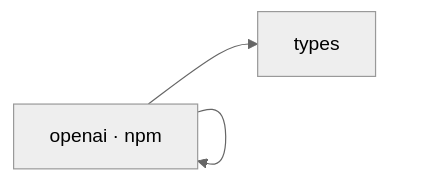
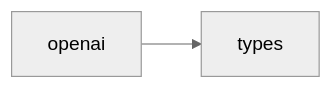
The diagram in .github/instructions/src/providers/openai.instructions.md (hellhellpnick/context-graph), drawn with Mermaid (neutral theme) before and after one commit. The commit also changed other lines of this file and 222 other files, not shown here.

````diff
--- a/.github/instructions/src/providers/openai.instructions.md
+++ b/.github/instructions/src/providers/openai.instructions.md
@@ -15,6 +15,5 @@
 ```mermaid
 graph LR
   openai[openai]
   openai --> types[types]
-  openai --> openai["openai · npm"]
 ```
````
